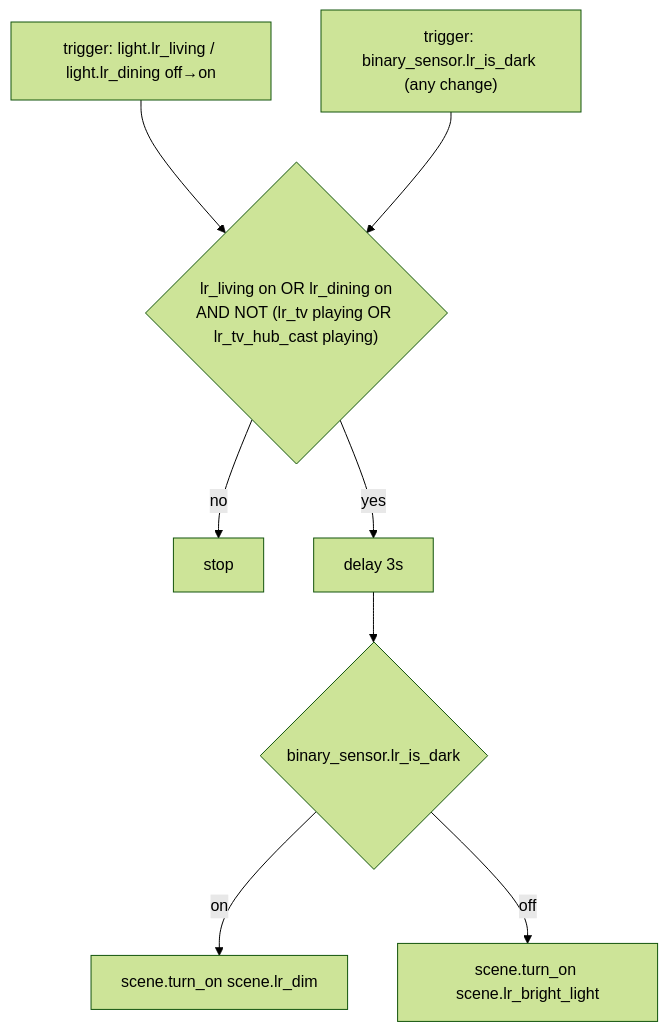
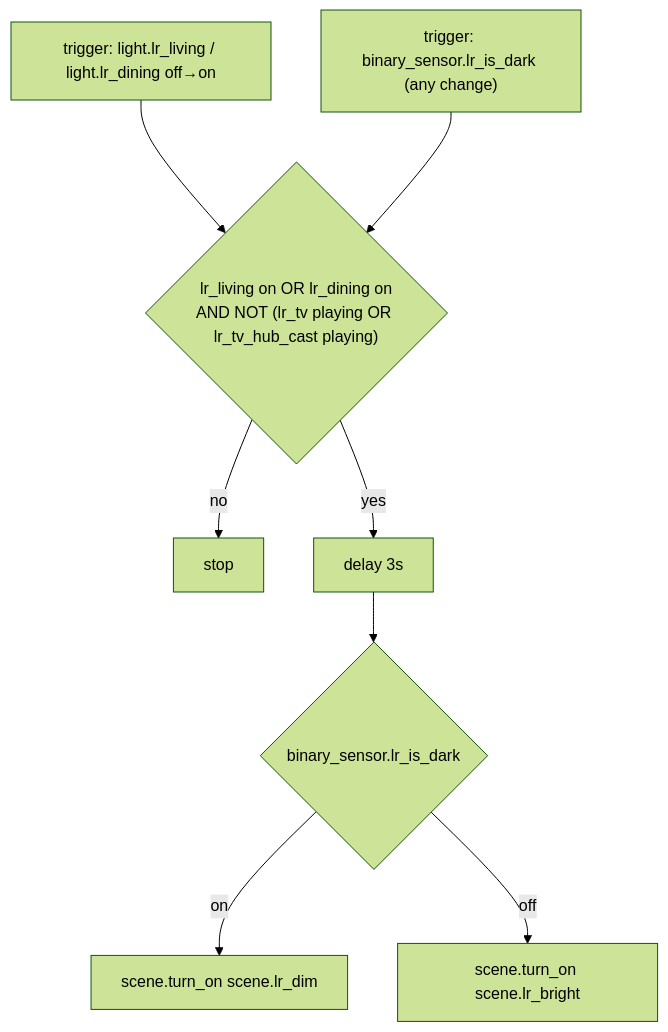
One commit to nerami/terminus-config changed the first of 2 diagrams in docs/automations/living_room.md. Above: the diagram before and after it, drawn with Mermaid (forest theme). The commit also changed other lines of this file and 12 other files, not shown here.

````diff
--- a/docs/automations/living_room.md
+++ b/docs/automations/living_room.md
@@ -14,13 +14,13 @@
 ```mermaid
 flowchart TD
     T1["trigger: light.lr_living / light.lr_dining off→on"]
     T2["trigger: binary_sensor.lr_is_dark (any change)"]
     T1 --> C
     T2 --> C
     C{"lr_living on OR lr_dining on\nAND NOT (lr_tv playing OR lr_tv_hub_cast playing)"}
     C -- no --> X["stop"]
     C -- yes --> D["delay 3s"]
     D --> S{"binary_sensor.lr_is_dark"}
     S -- on --> DIM["scene.turn_on scene.lr_dim"]
-    S -- off --> DAY["scene.turn_on scene.lr_bright_light"]
+    S -- off --> DAY["scene.turn_on scene.lr_bright"]
 ```
````
